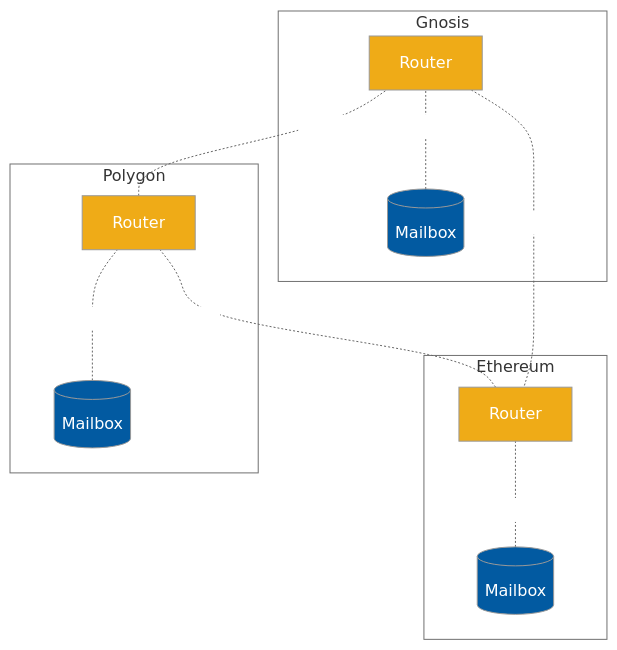
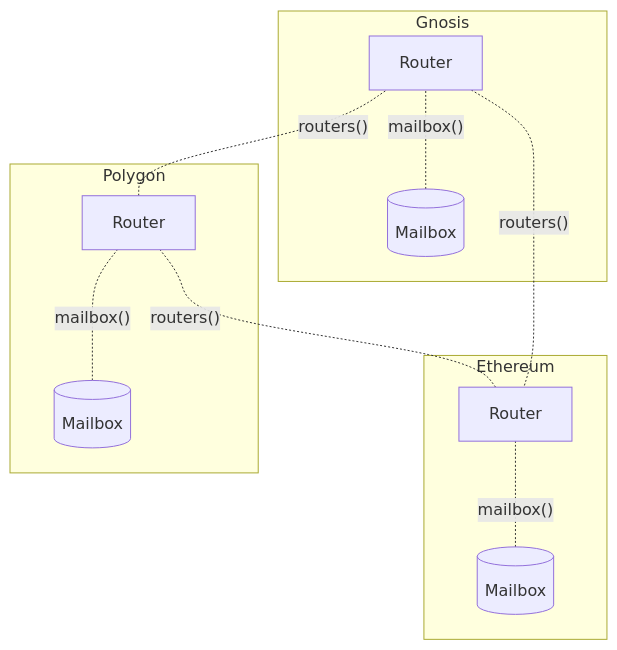
Before and after one commit to hyperlane-xyz/v3-docs: the diagram in docs/reference/libraries/router.mdx, drawn with Mermaid. The commit also changed other lines of this file and 3 other files, not shown here.

````diff
--- a/docs/reference/libraries/router.mdx
+++ b/docs/reference/libraries/router.mdx
@@ -11,37 +11,23 @@
 ```mermaid
-%%{ init: {
-  "theme": "neutral",
-  "themeVariables": {
-    "mainBkg": "#025AA1",
-    "textColor": "white",
-    "clusterBkg": "white"
-  },
-  "themeCSS": ".edgeLabel { color: black }"
-}}%%
-
 graph BT
     subgraph "Ethereum"
         R_E[Router]
         Mailbox_E[(Mailbox)]
         Mailbox_E -. "mailbox()" .- R_E
     end
 
     subgraph "Polygon"
         R_P[Router]
         Mailbox_P[(Mailbox)]
         Mailbox_P -. "mailbox()" .- R_P
     end
 
     subgraph "Gnosis"
         R_G[Router]
         Mailbox_G[(Mailbox)]
         Mailbox_G -. "mailbox()" .- R_G
     end
 
     R_E -. "routers()" .- R_P -. "routers()" .- R_G
     R_G -. "routers()" .- R_E
-
-    style R_E fill:#efab17
-    style R_P fill:#efab17
-    style R_G fill:#efab17
 ```
````
